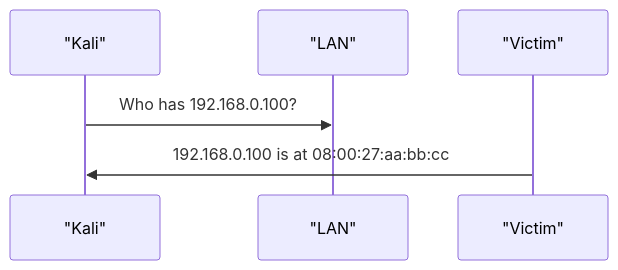
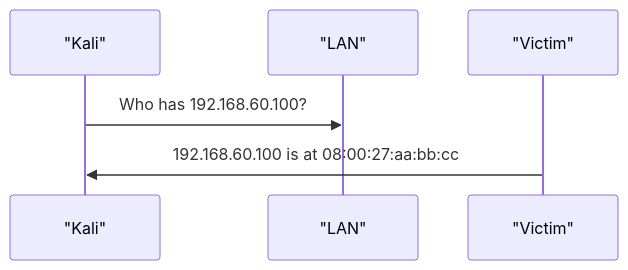
The diagram in _posts/1.응용강의/NetworkSecurity/2026-06-10-networkset-06-arp-sniffing.md (sbaek100/sbaek100.github.io), drawn with Mermaid before and after one commit. The commit also changed other lines of this file and 518 other files, not shown here.

````diff
--- a/_posts/1.응용강의/NetworkSecurity/2026-06-10-networkset-06-arp-sniffing.md
+++ b/_posts/1.응용강의/NetworkSecurity/2026-06-10-networkset-06-arp-sniffing.md
@@ -34,8 +34,8 @@
 ```mermaid
 sequenceDiagram
     participant K as "Kali"
     participant LAN as "LAN"
     participant V as "Victim"
-    K->>LAN: Who has 192.168.0.100?
-    V->>K: 192.168.0.100 is at 08:00:27:aa:bb:cc
+    K->>LAN: Who has 192.168.60.100?
+    V->>K: 192.168.60.100 is at 08:00:27:aa:bb:cc
 ```
````
